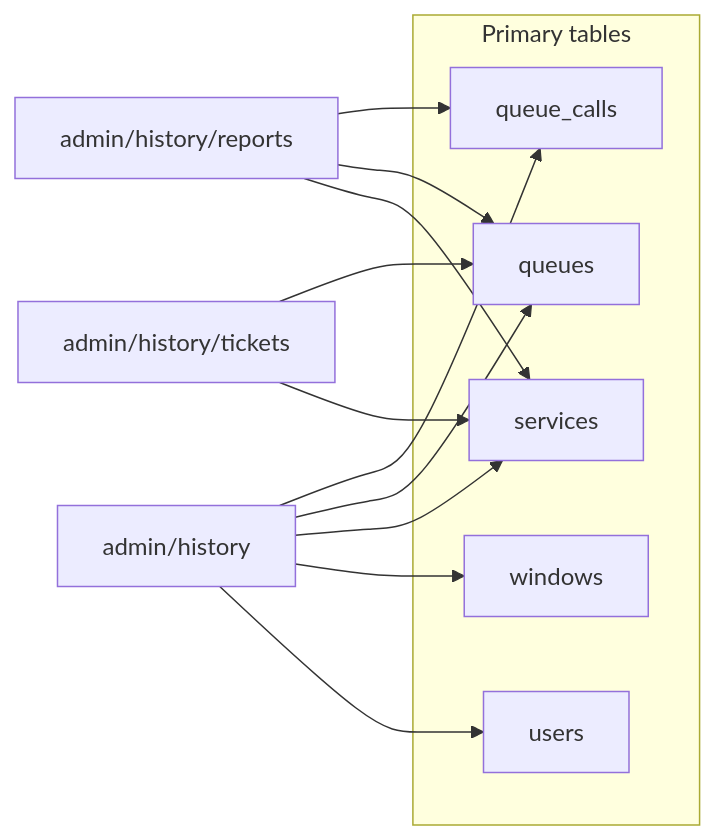
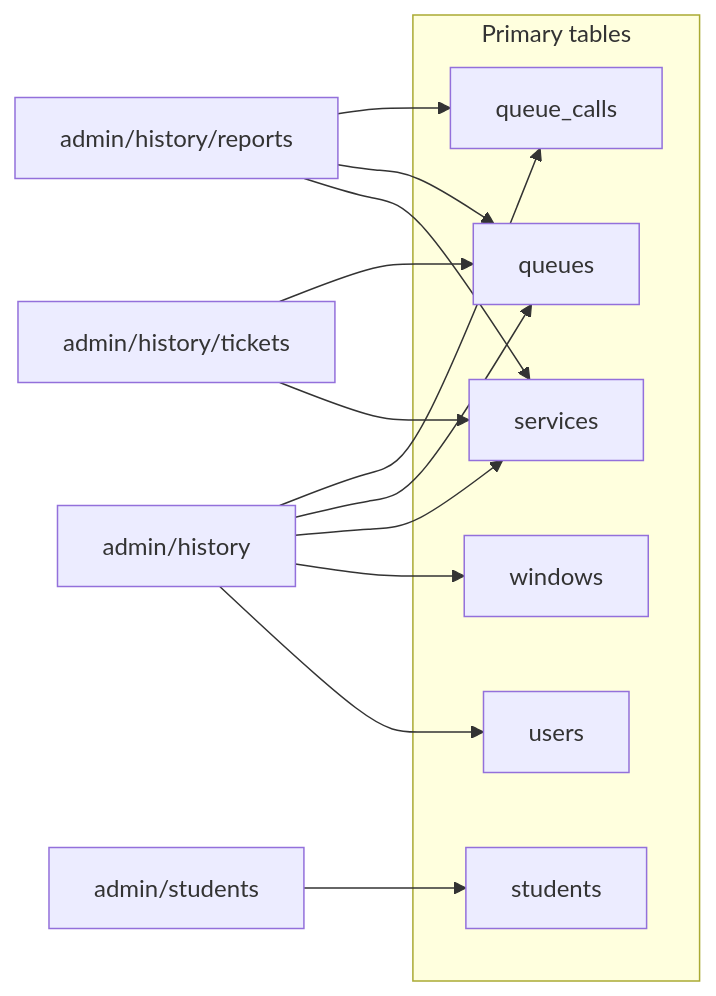
One commit to rhems95/queuing-system changed the ninth of 12 diagrams in docs/system-flowchart.md. Above: the diagram before and after it, drawn with Mermaid. The commit also changed other lines of this file and 9 other files, not shown here.

First line of the commit message:
Document Student ID, Hold, and admin students in the diagrams.

````diff
--- a/docs/system-flowchart.md
+++ b/docs/system-flowchart.md
@@ -289,20 +297,22 @@
 ```mermaid
 flowchart LR
     subgraph Tables["Primary tables"]
         QC[queue_calls]
         Q[queues]
         SV[services]
         WIN[windows]
         US[users]
+        STU[students]
     end
     HI["admin/history"] --> QC
     HI --> Q
     HI --> SV
     HI --> WIN
     HI --> US
     TK["admin/history/tickets"] --> Q
     TK --> SV
+    STUL["admin/students"] --> STU
     RP["admin/history/reports"] --> QC
     RP --> Q
     RP --> SV
 ```
````
